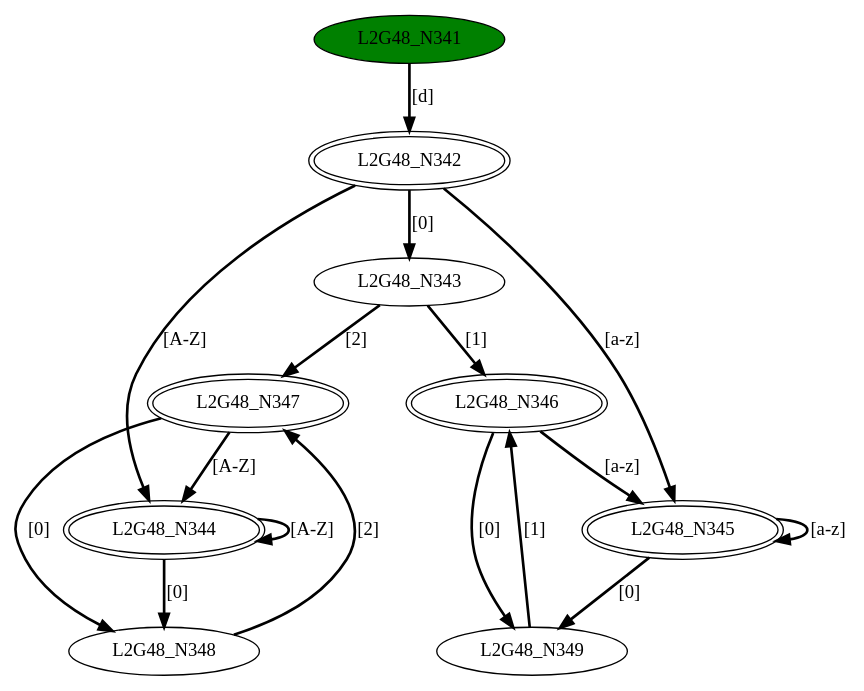
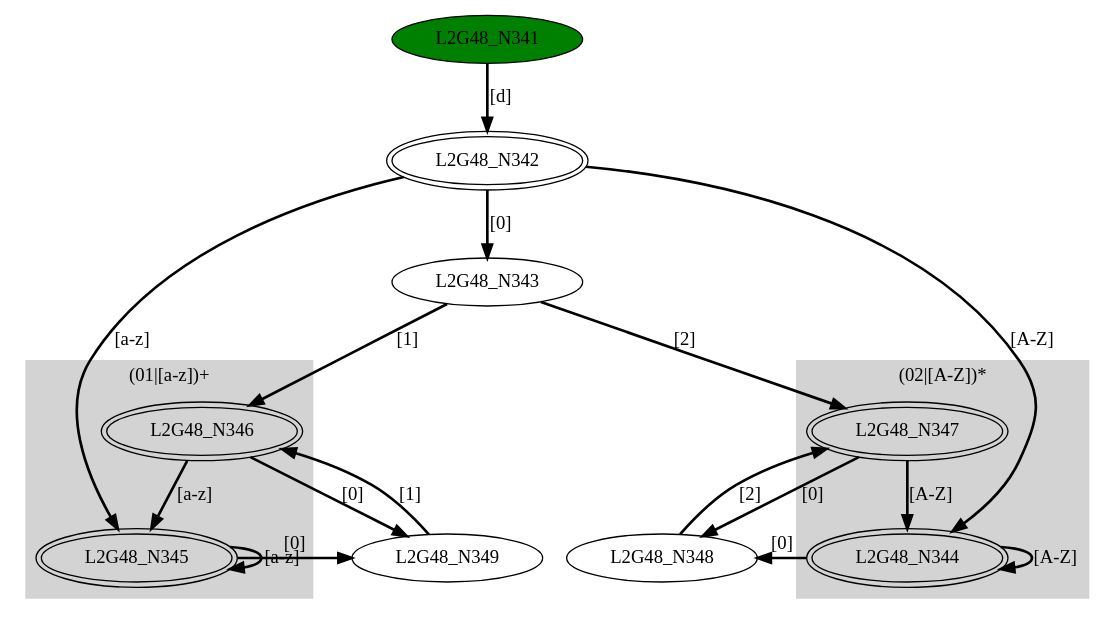
One commit to GDimitroulakos/EDUFLEX changed the diagram in DFASimulator/Testbench/mergeDFA2.dot. Above: the diagram before and after it, drawn with Graphviz. The commit also changed 24 other files, not shown here.

```diff
--- a/DFASimulator/Testbench/mergeDFA2.dot
+++ b/DFASimulator/Testbench/mergeDFA2.dot
@@ -1,27 +1,39 @@
 digraph G48{
-"L2G48_N341" [style=filled,fillcolor=green];
+	subgraph cluster2 {
+		node [style=filled];
+		style=filled;
+		color=lightgrey;
+		label ="(02|[A-Z])*";
+		L2G48_N344;L2G48_N347;
+	}	subgraph cluster1 {
+		node [style=filled];
+		style=filled;
+		color=lightgrey;
+		label ="(01|[a-z])+";
+		L2G48_N345;L2G48_N346;
+	}"L2G48_N341" [style=filled,fillcolor=green];
 "L2G48_N342" [peripheries=2];
 "L2G48_N343";
 "L2G48_N344" [peripheries=2];
 "L2G48_N345" [peripheries=2];
 "L2G48_N346" [peripheries=2];
 "L2G48_N347" [peripheries=2];
 "L2G48_N348";
 "L2G48_N349";
 "L2G48_N341"->"L2G48_N342" [style = bold, label = "[d]"];
 "L2G48_N342"->"L2G48_N343" [style = bold, label = "[0]"];
 "L2G48_N342"->"L2G48_N344" [style = bold, label = "[A-Z]"];
 "L2G48_N342"->"L2G48_N345" [style = bold, label = "[a-z]"];
 "L2G48_N343"->"L2G48_N346" [style = bold, label = "[1]"];
 "L2G48_N343"->"L2G48_N347" [style = bold, label = "[2]"];
 "L2G48_N344"->"L2G48_N348" [style = bold, label = "[0]"];
 "L2G48_N344"->"L2G48_N344" [style = bold, label = "[A-Z]"];
 "L2G48_N345"->"L2G48_N349" [style = bold, label = "[0]"];
 "L2G48_N345"->"L2G48_N345" [style = bold, label = "[a-z]"];
 "L2G48_N346"->"L2G48_N349" [style = bold, label = "[0]"];
 "L2G48_N346"->"L2G48_N345" [style = bold, label = "[a-z]"];
 "L2G48_N347"->"L2G48_N348" [style = bold, label = "[0]"];
 "L2G48_N347"->"L2G48_N344" [style = bold, label = "[A-Z]"];
 "L2G48_N348"->"L2G48_N347" [style = bold, label = "[2]"];
 "L2G48_N349"->"L2G48_N346" [style = bold, label = "[1]"];
 }
```
